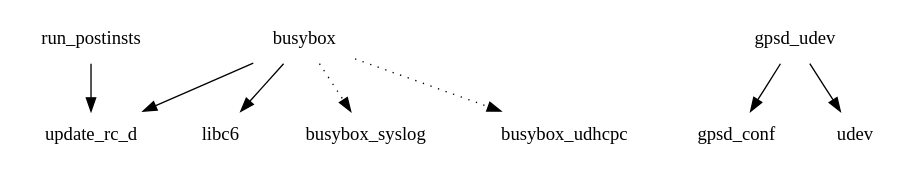
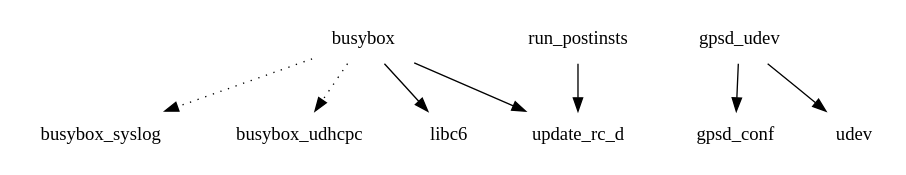
One commit to shr-distribution/buildhistory-old changed the diagram in images/crespo/eglibc/chroot-image/depends-nokernel.dot. Above: the diagram before and after it, drawn with Graphviz. The commit also changed other lines of this file and 26 other files, not shown here.

```diff
--- a/images/crespo/eglibc/chroot-image/depends-nokernel.dot
+++ b/images/crespo/eglibc/chroot-image/depends-nokernel.dot
@@ -1,10 +1,10 @@
 digraph depends {
     node [shape=plaintext]
-busybox -> update_rc_d;
-busybox -> libc6;
 busybox -> busybox_syslog [style=dotted];
 busybox -> busybox_udhcpc [style=dotted];
+busybox -> libc6;
+busybox -> update_rc_d;
 gpsd_udev -> gpsd_conf;
 gpsd_udev -> udev;
 run_postinsts -> update_rc_d;
 }
```
